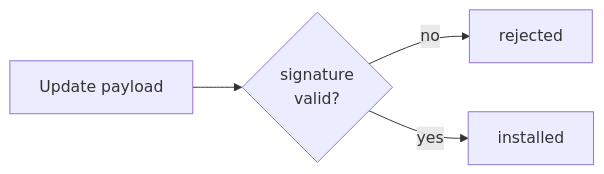
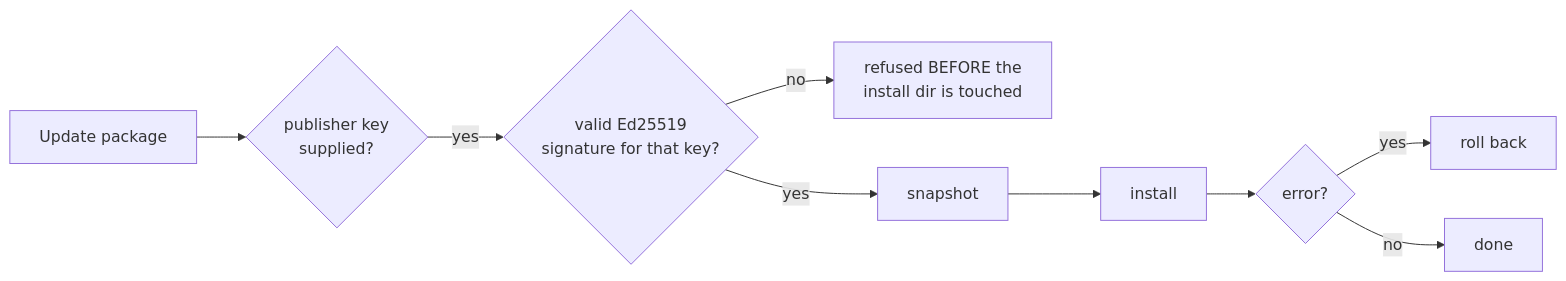
The third of 3 diagrams in docs/how-it-works/security.md (FreeProject089/BMM-Docs), drawn with Mermaid before and after one commit. The commit also changed other lines of this file and 7 other files, not shown here.

````diff
--- a/docs/how-it-works/security.md
+++ b/docs/how-it-works/security.md
@@ -44,6 +145,10 @@
 ```mermaid
 flowchart LR
-    UP["Update payload"] --> SIG{"signature<br/>valid?"}
-    SIG -- no --> REJECT["rejected"]
-    SIG -- yes --> INSTALL["installed"]
+    PKG["Update package"] --> KEY{"publisher key<br/>supplied?"}
+    KEY -- yes --> SIG{"valid Ed25519<br/>signature for that key?"}
+    SIG -- no --> REJ["refused BEFORE the<br/>install dir is touched"]
+    SIG -- yes --> SNAP["snapshot"] --> INST["install"]
+    INST --> ERR{"error?"}
+    ERR -- yes --> RB["roll back"]
+    ERR -- no --> OK["done"]
 ```
````
